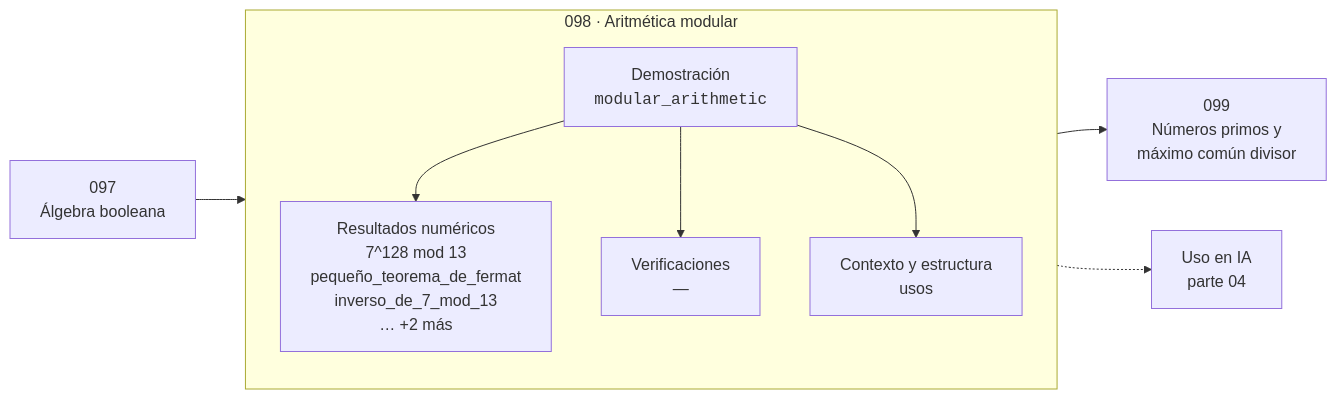
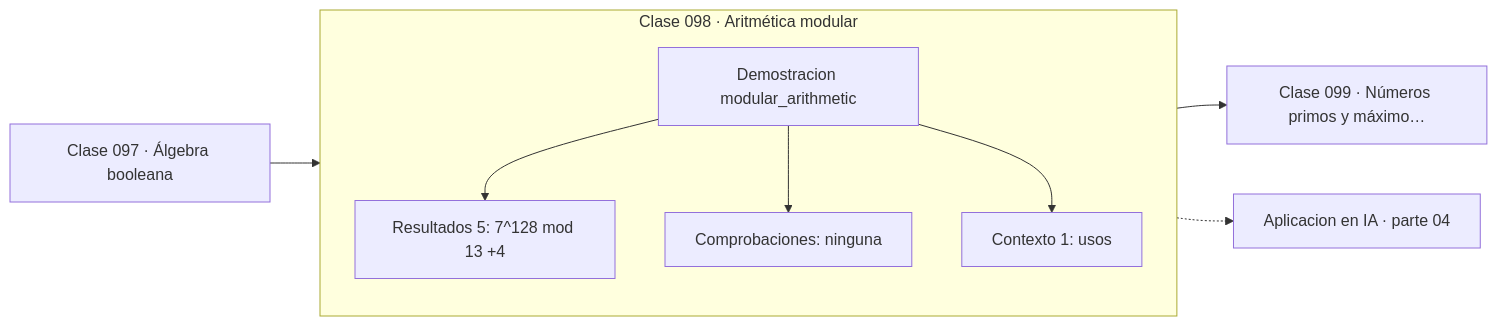
The diagram in classes/part-04-matematica-discreta-para-computacion/098-aritmetica-modular/README.md (vladimiracunadev-create/computational-mathematics-program), drawn with Mermaid before and after one commit. The commit also changed other lines of this file and 389 other files, not shown here.

First line of the commit message:
fix(diagramas): elimina el HTML de las etiquetas Mermaid

````diff
--- a/classes/part-04-matematica-discreta-para-computacion/098-aritmetica-modular/README.md
+++ b/classes/part-04-matematica-discreta-para-computacion/098-aritmetica-modular/README.md
@@ -30,12 +36,13 @@
 ```mermaid
 flowchart LR
-    P["097<br/>Álgebra booleana"] --> C
-    subgraph C["098 · Aritmética modular"]
+    P["Clase 097 · Álgebra booleana"] --> D
+    subgraph CLASE["Clase 098 · Aritmética modular"]
         direction TB
-        D["Demostración<br/><code>modular_arithmetic</code>"] --> R["Resultados numéricos<br/>7^128 mod 13<br/>pequeño_teorema_de_fermat<br/>inverso_de_7_mod_13<br/>… +2 más"]
-        D --> V["Verificaciones<br/>—"]
-        D --> O["Contexto y estructura<br/>usos"]
+        D["Demostracion modular_arithmetic"]
+        D --> R["Resultados 5: 7^128 mod 13 +4"]
+        D --> V["Comprobaciones: ninguna"]
+        D --> O["Contexto 1: usos"]
     end
-    C --> N["099<br/>Números primos y<br/>máximo común divisor"]
-    C -.-> IA["Uso en IA<br/>parte 04"]
+    R --> N["Clase 099 · Números primos y máximo…"]
+    V -.-> IA["Aplicacion en IA · parte 04"]
 ```
````
